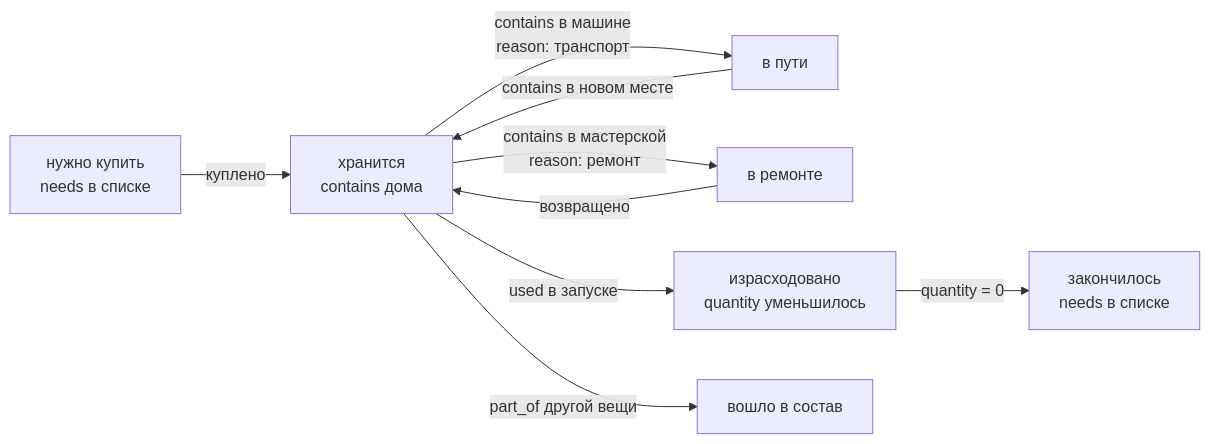
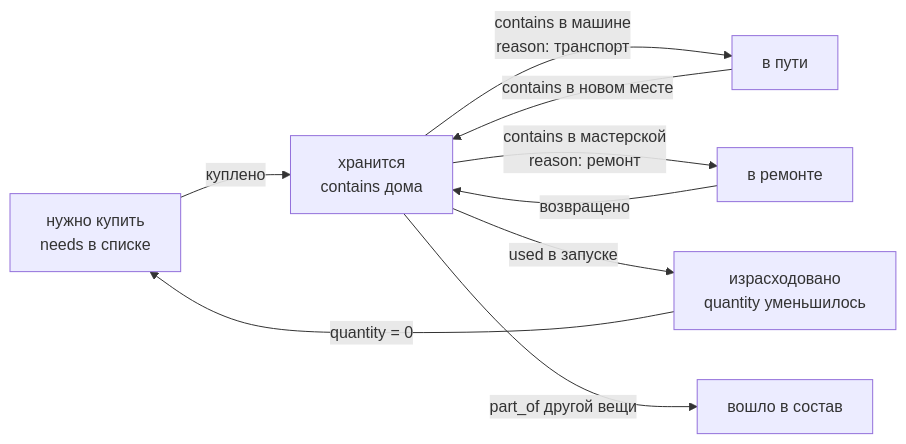
The fifth of 6 diagrams in docs/database.md (kscht/domovoy), drawn with Mermaid before and after one commit. The commit also changed other lines of this file, not shown here.

````diff
--- a/docs/database.md
+++ b/docs/database.md
@@ -150,11 +160,11 @@
 ```mermaid
 graph LR
     A[нужно купить\nneeds в списке] -->|куплено| B[хранится\ncontains дома]
     B -->|contains в машине\nreason: транспорт| C[в пути]
     C -->|contains в новом месте| B
     B -->|contains в мастерской\nreason: ремонт| D[в ремонте]
     D -->|возвращено| B
     B -->|used в запуске| E[израсходовано\nquantity уменьшилось]
     B -->|part_of другой вещи| F[вошло в состав]
-    E -->|quantity = 0| G[закончилось\nneeds в списке]
+    E -->|quantity = 0| A
 ```
````
